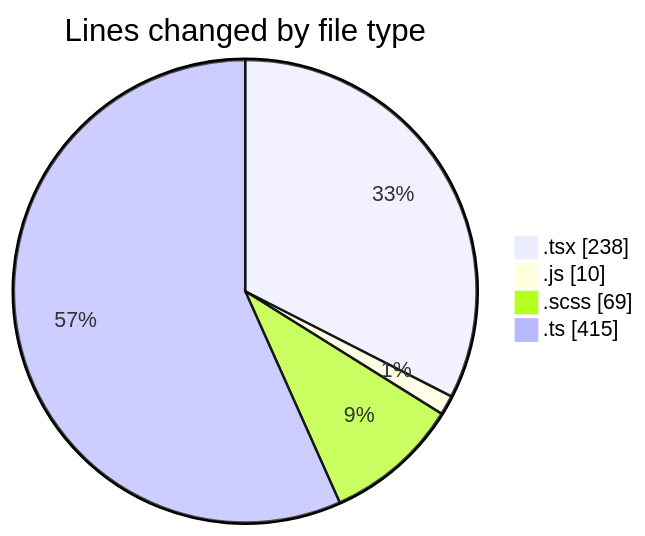
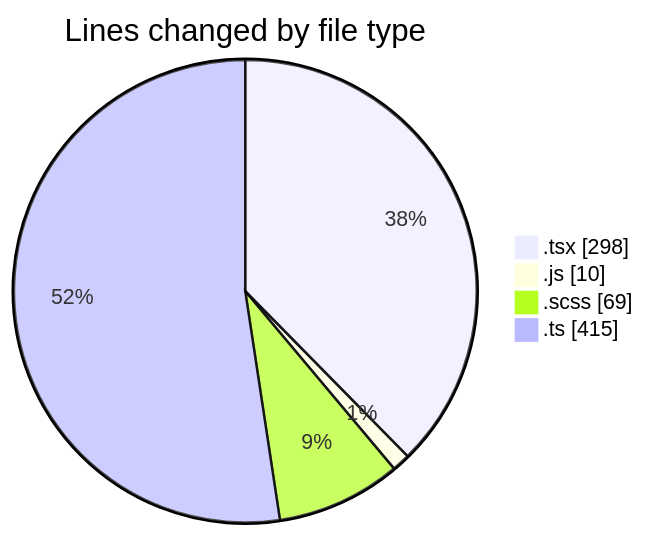
The first of 2 diagrams in 2026-08-25/cda/README.md (momahboobian/code-tracking), drawn with Mermaid before and after one commit. The commit also changed other lines of this file and 1 other file, not shown here.

````diff
--- a/2026-08-25/cda/README.md
+++ b/2026-08-25/cda/README.md
@@ -32,8 +34,8 @@
 ```mermaid
 pie showData
 title Lines changed by file type
-".tsx" : 238
+".tsx" : 298
 ".js" : 10
 ".scss" : 69
 ".ts" : 415
 ```
````
